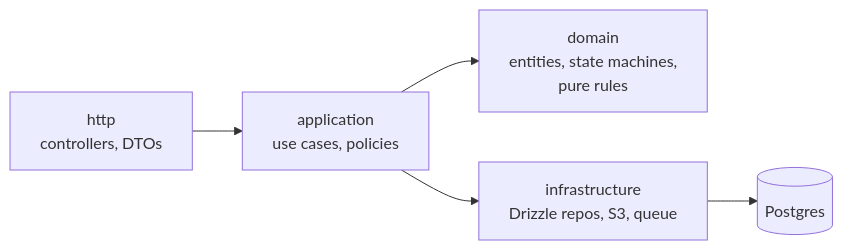
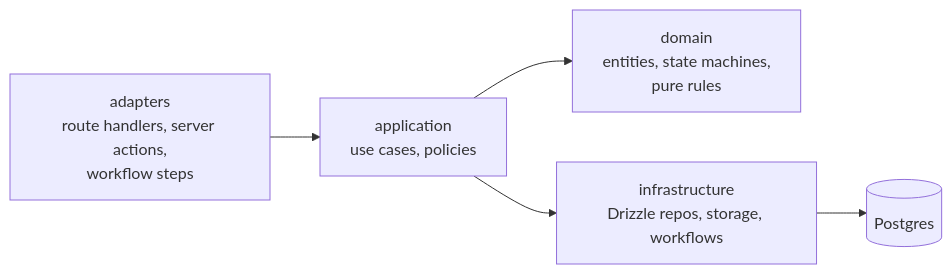
One commit to anuragsinghv25-lab/my-own-marketplace changed the third of 4 diagrams in docs/architecture/04-system-architecture.md. Above: the diagram before and after it, drawn with Mermaid. The commit also changed other lines of this file and 26 other files, not shown here.

First line of the commit message:
Add release plan (R0-R9) and Vercel + Supabase deployment architecture

````diff
--- a/docs/architecture/04-system-architecture.md
+++ b/docs/architecture/04-system-architecture.md
@@ -81,7 +89,7 @@
 ```mermaid
 flowchart LR
-  H[http<br/>controllers, DTOs] --> APP[application<br/>use cases, policies]
+  H[adapters<br/>route handlers, server actions,<br/>workflow steps] --> APP[application<br/>use cases, policies]
   APP --> DOM[domain<br/>entities, state machines,<br/>pure rules]
-  APP --> INF[infrastructure<br/>Drizzle repos, S3, queue]
+  APP --> INF[infrastructure<br/>Drizzle repos, storage, workflows]
   INF --> DB[(Postgres)]
 ```
````
